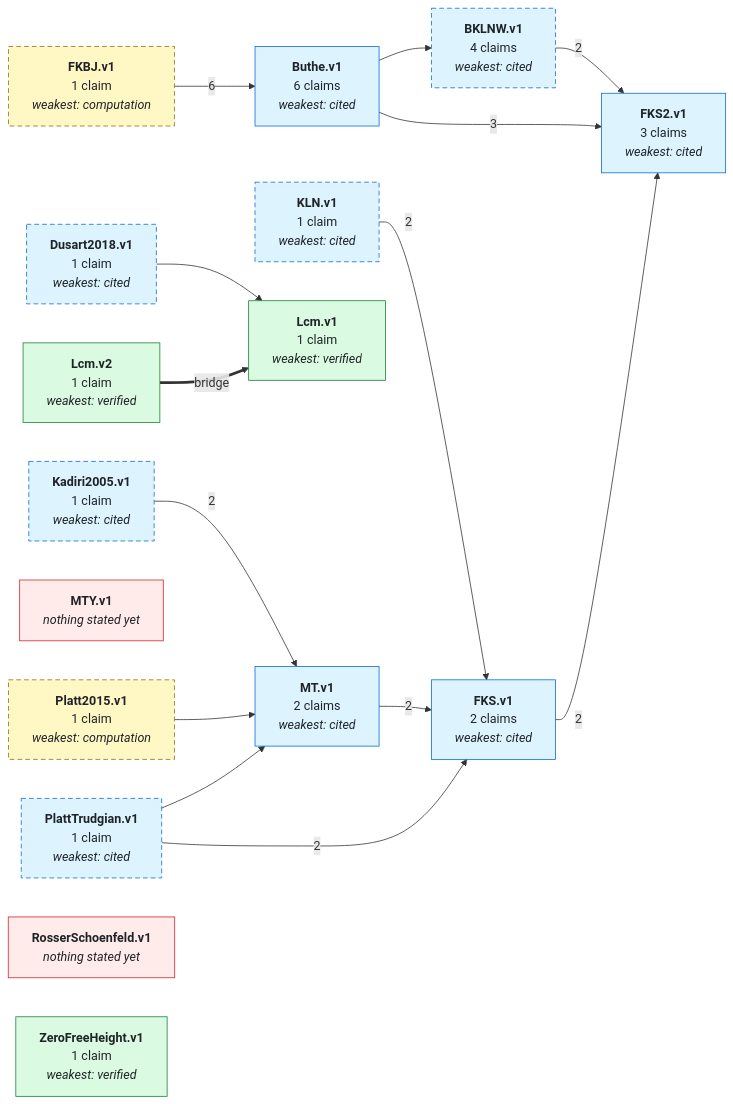
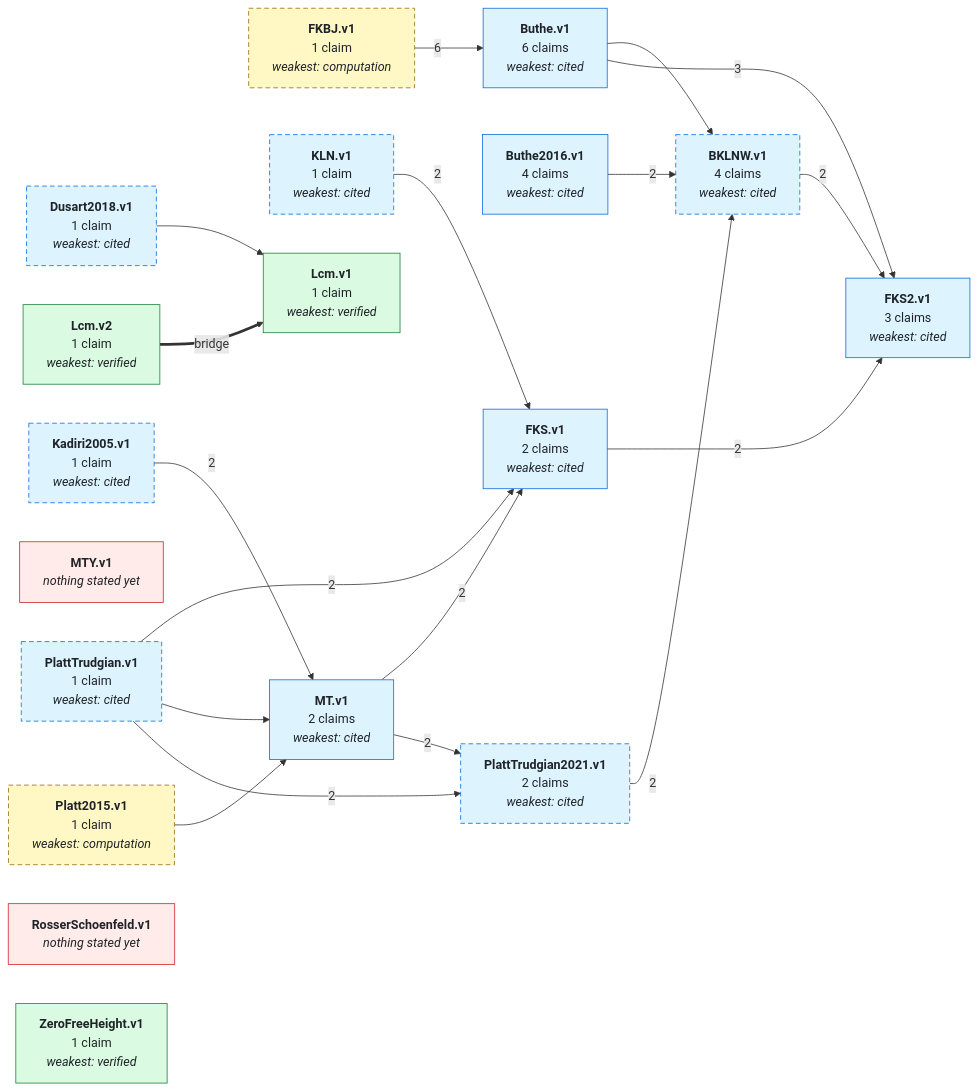
The first of 2 diagrams in GRAPH.md (teorth/IEANTN), drawn with Mermaid before and after one commit. The commit also changed other lines of this file and 24 other files, not shown here.

````diff
--- a/GRAPH.md
+++ b/GRAPH.md
@@ -40,63 +40,72 @@
 ```mermaid
 graph LR
   NBKLNW_v1["<b>BKLNW.v1</b><br/>4 claims<br/><i>weakest: cited</i>"]
   NButhe_v1["<b>Buthe.v1</b><br/>6 claims<br/><i>weakest: cited</i>"]
+  NButhe2016_v1["<b>Buthe2016.v1</b><br/>4 claims<br/><i>weakest: cited</i>"]
   NDusart2018_v1["<b>Dusart2018.v1</b><br/>1 claim<br/><i>weakest: cited</i>"]
   NFKBJ_v1["<b>FKBJ.v1</b><br/>1 claim<br/><i>weakest: computation</i>"]
   NFKS_v1["<b>FKS.v1</b><br/>2 claims<br/><i>weakest: cited</i>"]
   NFKS2_v1["<b>FKS2.v1</b><br/>3 claims<br/><i>weakest: cited</i>"]
   NKLN_v1["<b>KLN.v1</b><br/>1 claim<br/><i>weakest: cited</i>"]
   NKadiri2005_v1["<b>Kadiri2005.v1</b><br/>1 claim<br/><i>weakest: cited</i>"]
   NLcm_v1["<b>Lcm.v1</b><br/>1 claim<br/><i>weakest: verified</i>"]
   NLcm_v2["<b>Lcm.v2</b><br/>1 claim<br/><i>weakest: verified</i>"]
   NMT_v1["<b>MT.v1</b><br/>2 claims<br/><i>weakest: cited</i>"]
   NMTY_v1["<b>MTY.v1</b><br/><i>nothing stated yet</i>"]
   NPlatt2015_v1["<b>Platt2015.v1</b><br/>1 claim<br/><i>weakest: computation</i>"]
   NPlattTrudgian_v1["<b>PlattTrudgian.v1</b><br/>1 claim<br/><i>weakest: cited</i>"]
+  NPlattTrudgian2021_v1["<b>PlattTrudgian2021.v1</b><br/>2 claims<br/><i>weakest: cited</i>"]
   NRosserSchoenfeld_v1["<b>RosserSchoenfeld.v1</b><br/><i>nothing stated yet</i>"]
   NZeroFreeHeight_v1["<b>ZeroFreeHeight.v1</b><br/>1 claim<br/><i>weakest: verified</i>"]
   NBKLNW_v1 -->|2| NFKS2_v1
   NButhe_v1 --> NBKLNW_v1
   NButhe_v1 -->|3| NFKS2_v1
+  NButhe2016_v1 -->|2| NBKLNW_v1
   NDusart2018_v1 --> NLcm_v1
   NFKBJ_v1 -->|6| NButhe_v1
   NFKS_v1 -->|2| NFKS2_v1
   NKLN_v1 -->|2| NFKS_v1
   NKadiri2005_v1 -->|2| NMT_v1
   NMT_v1 -->|2| NFKS_v1
+  NMT_v1 -->|2| NPlattTrudgian2021_v1
   NPlatt2015_v1 --> NMT_v1
   NPlattTrudgian_v1 -->|2| NFKS_v1
   NPlattTrudgian_v1 --> NMT_v1
+  NPlattTrudgian_v1 -->|2| NPlattTrudgian2021_v1
+  NPlattTrudgian2021_v1 -->|2| NBKLNW_v1
   NLcm_v2 ==>|bridge| NLcm_v1
   style NBKLNW_v1 stroke-dasharray: 6 4;
   style NDusart2018_v1 stroke-dasharray: 6 4;
   style NFKBJ_v1 stroke-dasharray: 6 4;
   style NKLN_v1 stroke-dasharray: 6 4;
   style NKadiri2005_v1 stroke-dasharray: 6 4;
   style NPlatt2015_v1 stroke-dasharray: 6 4;
   style NPlattTrudgian_v1 stroke-dasharray: 6 4;
+  style NPlattTrudgian2021_v1 stroke-dasharray: 6 4;
   class NMTY_v1,NRosserSchoenfeld_v1 none_yet;
-  class NBKLNW_v1,NButhe_v1,NDusart2018_v1,NFKS_v1,NFKS2_v1,NKLN_v1,NKadiri2005_v1,NMT_v1,NPlattTrudgian_v1 literature;
+  class NBKLNW_v1,NButhe_v1,NButhe2016_v1,NDusart2018_v1,NFKS_v1,NFKS2_v1,NKLN_v1,NKadiri2005_v1,NMT_v1,NPlattTrudgian_v1,NPlattTrudgian2021_v1 literature;
   class NFKBJ_v1,NPlatt2015_v1 numerical;
   class NLcm_v1,NLcm_v2,NZeroFreeHeight_v1 lean_comparator;
   click NBKLNW_v1 href "https://github.com/teorth/IEANTN/blob/main/docs/nodes/BKLNW-v1.md" _blank
   click NButhe_v1 href "https://github.com/teorth/IEANTN/blob/main/docs/nodes/Buthe-v1.md" _blank
+  click NButhe2016_v1 href "https://github.com/teorth/IEANTN/blob/main/docs/nodes/Buthe2016-v1.md" _blank
   click NDusart2018_v1 href "https://github.com/teorth/IEANTN/blob/main/docs/nodes/Dusart2018-v1.md" _blank
   click NFKBJ_v1 href "https://github.com/teorth/IEANTN/blob/main/docs/nodes/FKBJ-v1.md" _blank
   click NFKS_v1 href "https://github.com/teorth/IEANTN/blob/main/docs/nodes/FKS-v1.md" _blank
   click NFKS2_v1 href "https://github.com/teorth/IEANTN/blob/main/docs/nodes/FKS2-v1.md" _blank
   click NKLN_v1 href "https://github.com/teorth/IEANTN/blob/main/docs/nodes/KLN-v1.md" _blank
   click NKadiri2005_v1 href "https://github.com/teorth/IEANTN/blob/main/docs/nodes/Kadiri2005-v1.md" _blank
   click NLcm_v1 href "https://github.com/teorth/IEANTN/blob/main/docs/nodes/Lcm-v1.md" _blank
   click NLcm_v2 href "https://github.com/teorth/IEANTN/blob/main/docs/nodes/Lcm-v2.md" _blank
   click NMT_v1 href "https://github.com/teorth/IEANTN/blob/main/docs/nodes/MT-v1.md" _blank
   click NPlatt2015_v1 href "https://github.com/teorth/IEANTN/blob/main/docs/nodes/Platt2015-v1.md" _blank
   click NPlattTrudgian_v1 href "https://github.com/teorth/IEANTN/blob/main/docs/nodes/PlattTrudgian-v1.md" _blank
+  click NPlattTrudgian2021_v1 href "https://github.com/teorth/IEANTN/blob/main/docs/nodes/PlattTrudgian2021-v1.md" _blank
   click NZeroFreeHeight_v1 href "https://github.com/teorth/IEANTN/blob/main/docs/nodes/ZeroFreeHeight-v1.md" _blank
   classDef lean_comparator fill:#dafbe1,stroke:#1a7f37,color:#1f2328;
   classDef numerical fill:#fff8c5,stroke:#9a6700,color:#1f2328;
   classDef literature fill:#ddf4ff,stroke:#0969da,color:#1f2328;
   classDef asserted fill:#fff1e5,stroke:#bc4c00,color:#1f2328;
   classDef bridged fill:#fbefff,stroke:#8250df,color:#1f2328;
   classDef none_yet fill:#ffebe9,stroke:#cf222e,color:#1f2328;
 ```
````
